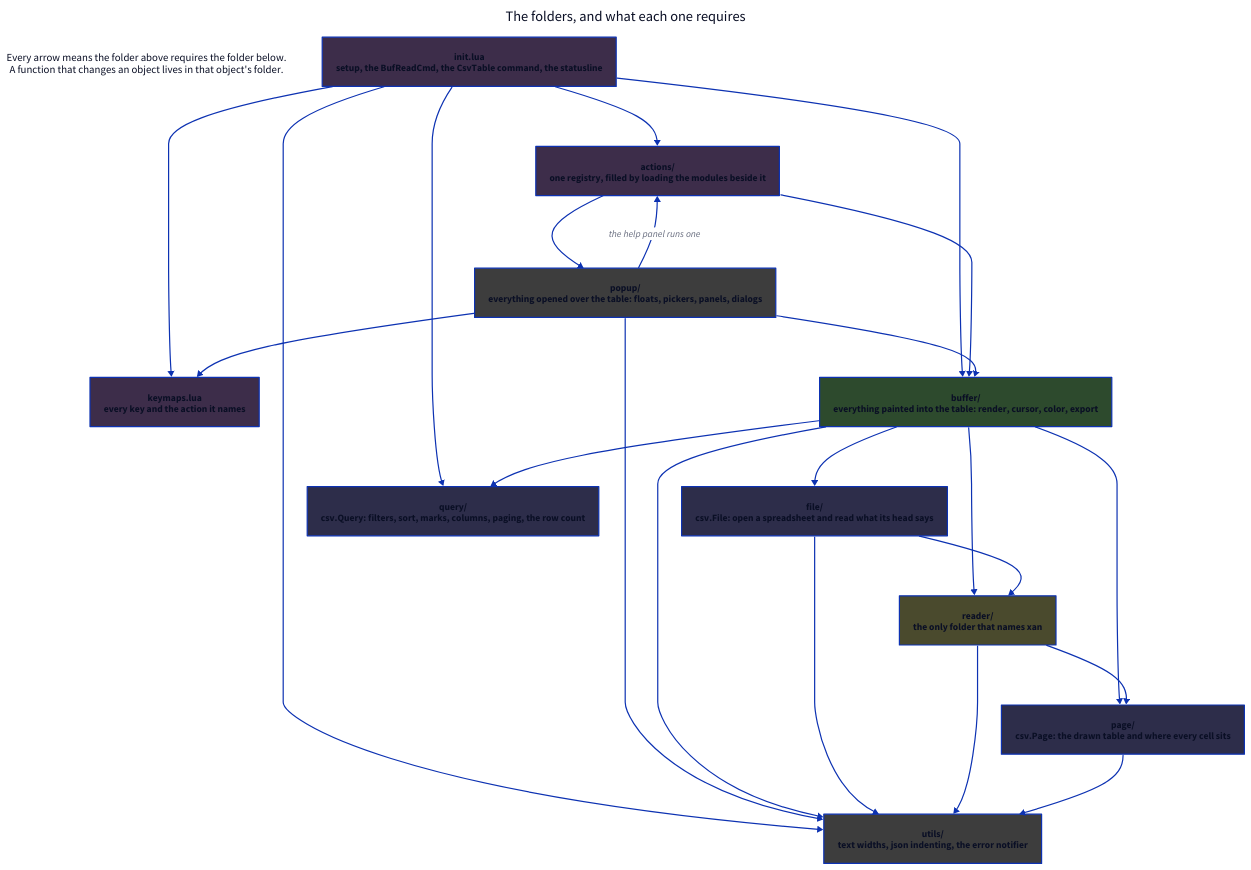
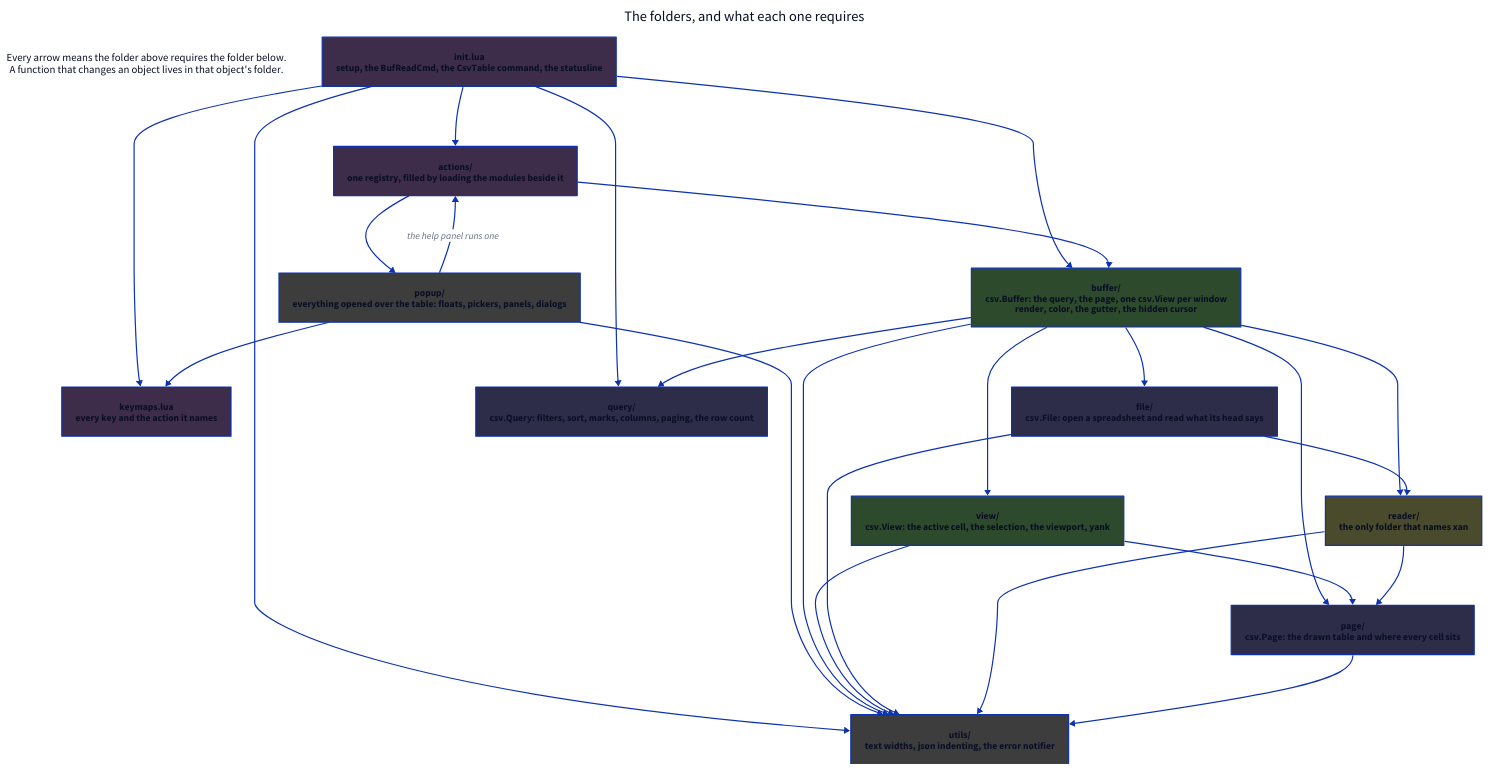
Before and after one commit to cseickel/csv-table.nvim: the diagram in docs/02-folders.d2, drawn with D2. The commit also changed 39 other files, not shown here.

First line of the commit message:
refactor: replace per-window state maps with csv.View

```diff
--- a/docs/02-folders.d2
+++ b/docs/02-folders.d2
@@ -1,58 +1,62 @@
 direction: down
 
 title: The folders, and what each one requires {
   near: top-center
   shape: text
   style.font-size: 24
 }
 
 rule: "Every arrow means the folder above requires the folder below.\nA function that changes an object lives in that object's folder." {
   shape: text
   style.font-size: 18
 }
 
 classes: {
   entry: {style.fill: "#3d2d4a"}
   data: {style.fill: "#2d2d4a"}
   run: {style.fill: "#4a4a2d"}
   draw: {style.fill: "#2d4a2d"}
   ui: {style.fill: "#3d3d3d"}
 }
 
 init: "init.lua\nsetup, the BufReadCmd, the CsvTable command, the statusline" {class: entry}
 keymaps: "keymaps.lua\nevery key and the action it names" {class: entry}
 actions: "actions/\none registry, filled by loading the modules beside it" {class: entry}
 
 popup: "popup/\neverything opened over the table: floats, pickers, panels, dialogs" {class: ui}
-buffer: "buffer/\neverything painted into the table: render, cursor, color, export" {class: draw}
+buffer: "buffer/\ncsv.Buffer: the query, the page, one csv.View per window\nrender, color, the gutter, the hidden cursor" {class: draw}
+view: "view/\ncsv.View: the active cell, the selection, the viewport, yank" {class: draw}
 
 file: "file/\ncsv.File: open a spreadsheet and read what its head says" {class: data}
 query: "query/\ncsv.Query: filters, sort, marks, columns, paging, the row count" {class: data}
 reader: "reader/\nthe only folder that names xan" {class: run}
 page: "page/\ncsv.Page: the drawn table and where every cell sits" {class: data}
 utils: "utils/\ntext widths, json indenting, the error notifier" {class: ui}
 
 init -> actions
 init -> buffer
 init -> keymaps
 init -> query
 init -> utils
 
 actions -> buffer
 actions -> popup
 popup -> actions: the help panel runs one
-popup -> buffer
 popup -> keymaps
 popup -> utils
 
 buffer -> file
 buffer -> query
 buffer -> page
 buffer -> reader
 buffer -> utils
+buffer -> view
+
+view -> page
+view -> utils
 
 file -> reader
 file -> utils
 reader -> page
 reader -> utils
 page -> utils
```
